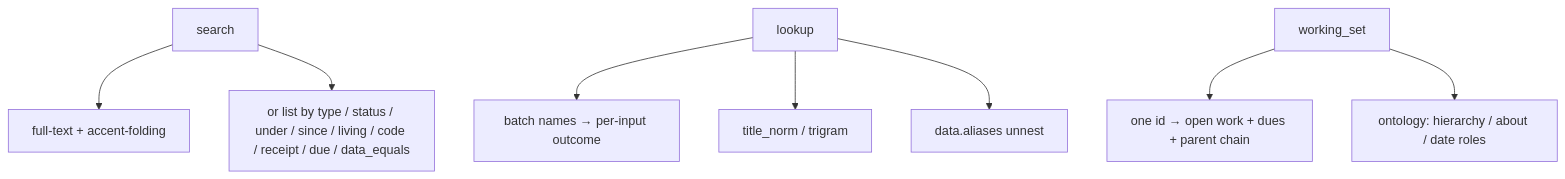
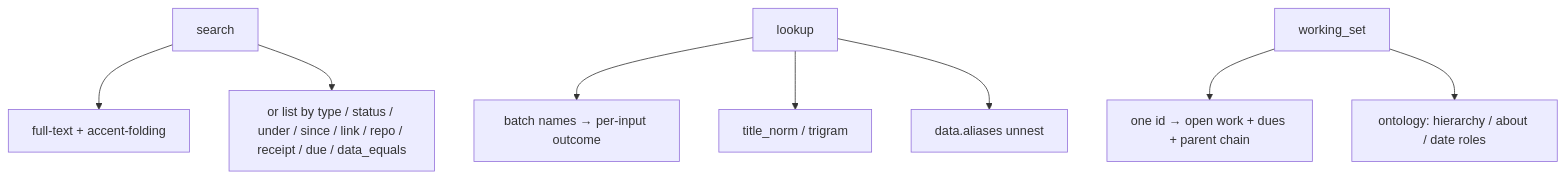
One commit to dgraziosi/foundation changed the seventh of 11 diagrams in docs/ARCHITECTURE.md. Above: the diagram before and after it, drawn with Mermaid. The commit also changed other lines of this file and 6 other files, not shown here.

First line of the commit message:
Present-tense url / repo / link copy

````diff
--- a/docs/ARCHITECTURE.md
+++ b/docs/ARCHITECTURE.md
@@ -200,13 +200,13 @@
 ```mermaid
 flowchart TB
   search_box["search"]
   search_box --> fts["full-text + accent-folding"]
-  search_box --> list_or_filter["or list by type / status / under / since / living / code / receipt / due / data_equals"]
+  search_box --> list_or_filter["or list by type / status / under / since / link / repo / receipt / due / data_equals"]
   lookup_box["lookup"]
   lookup_box --> names["batch names → per-input outcome"]
   lookup_box --> title_idx["title_norm / trigram"]
   lookup_box --> aliases["data.aliases unnest"]
   working_set_box["working_set"]
   working_set_box --> rooted["one id → open work + dues + parent chain"]
   working_set_box --> ontology_walk["ontology: hierarchy / about / date roles"]
 ```
````
